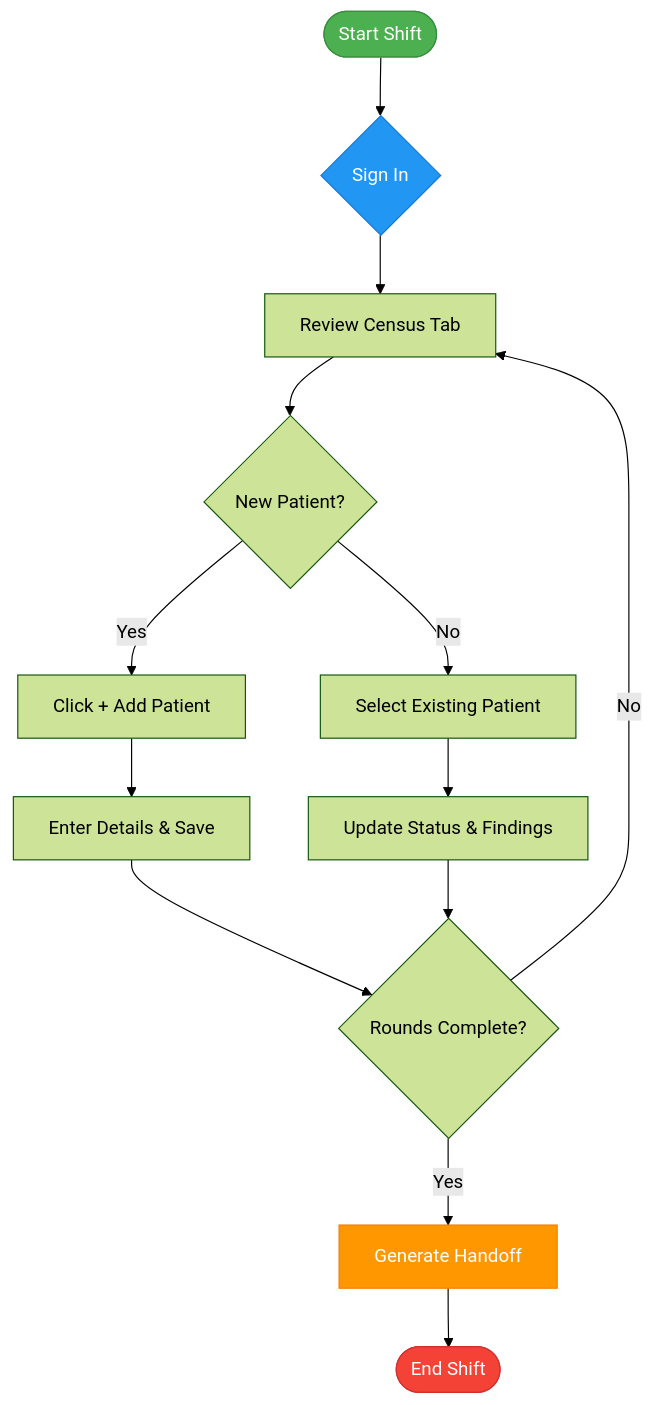
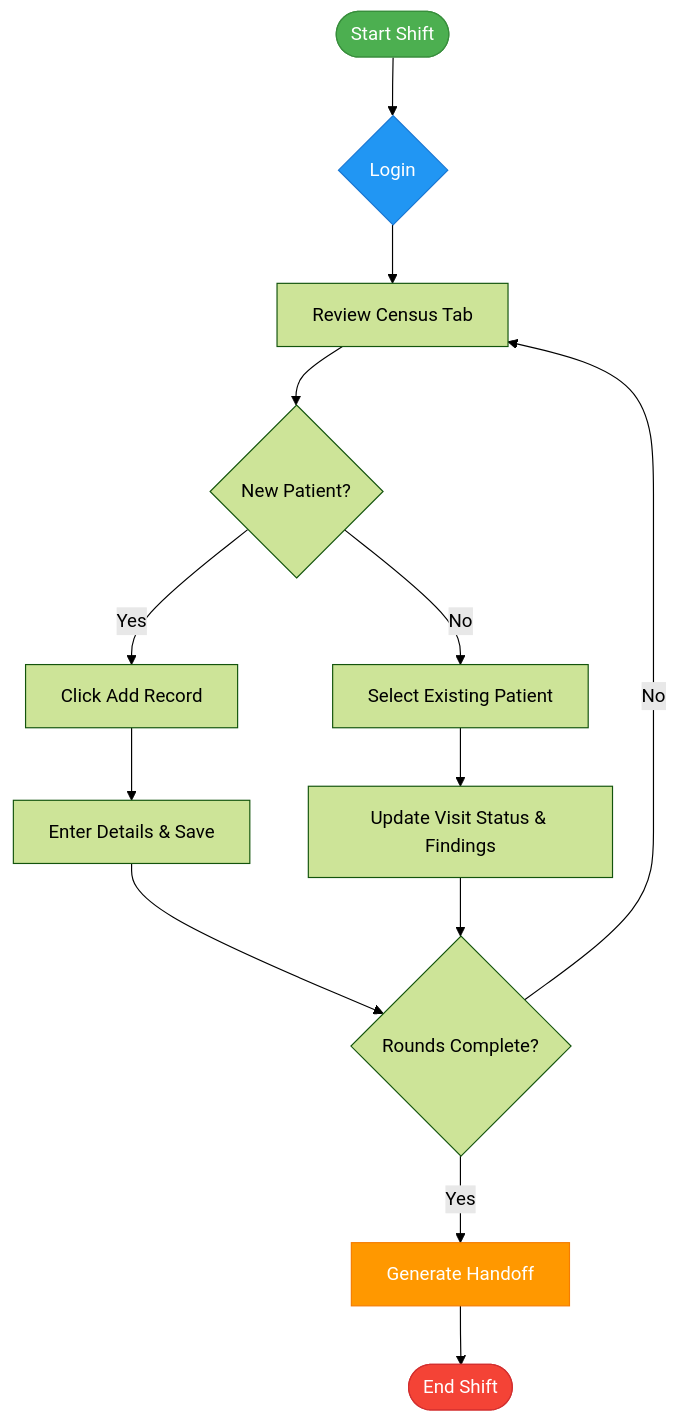
One commit to zyinc-control/Clinical-Roundup-List changed the first of 3 diagrams in USERGUIDE.md. Above: the diagram before and after it, drawn with Mermaid (forest theme). The commit also changed other lines of this file and 5 other files, not shown here.

````diff
--- a/USERGUIDE.md
+++ b/USERGUIDE.md
@@ -22,20 +22,20 @@
 ```mermaid
 flowchart TD
-    A([Start Shift]) --> B{Sign In}
+   A([Start Shift]) --> B{Login}
     B --> C[Review Census Tab]
     C --> D{New Patient?}
-    D -- Yes --> E[Click + Add Patient]
+   D -- Yes --> E[Click Add Record]
     D -- No --> F[Select Existing Patient]
     E --> G[Enter Details & Save]
-    F --> H[Update Status & Findings]
+   F --> H[Update Visit Status & Findings]
     G --> I{Rounds Complete?}
     H --> I
     I -- No --> C
     I -- Yes --> J[Generate Handoff]
     J --> K([End Shift])
 
     style A fill:#4CAF50,stroke:#388E3C,color:#fff
     style K fill:#F44336,stroke:#D32F2F,color:#fff
     style B fill:#2196F3,stroke:#1976D2,color:#fff
     style J fill:#FF9800,stroke:#F57C00,color:#fff
 ```
````
